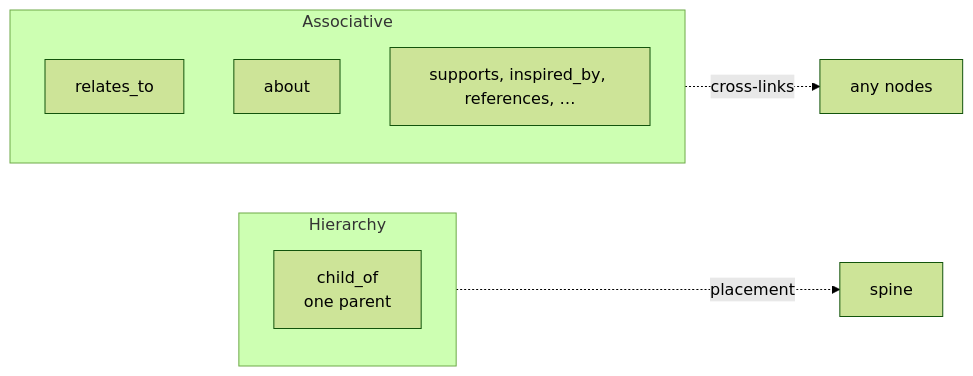
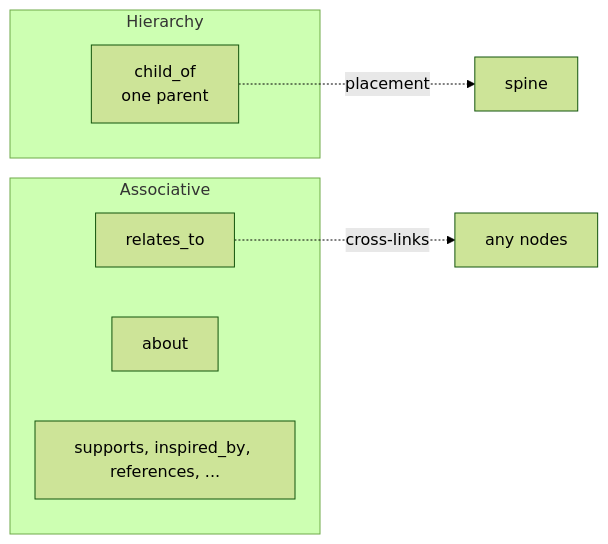
The fifth of 10 diagrams in docs/ARCHITECTURE.md (dgraziosi/foundation), drawn with Mermaid (forest theme) before and after one commit. The commit also changed other lines of this file and 23 other files, not shown here.

First line of the commit message:
docs: keep operator human-only; instance routines not staff architecture

````diff
--- a/docs/ARCHITECTURE.md
+++ b/docs/ARCHITECTURE.md
@@ -114,15 +117,15 @@
 ```mermaid
 flowchart LR
   subgraph hierarchy["Hierarchy"]
-    childOf["child_of<br/>one parent"]
+    child_of["child_of<br/>one parent"]
   end
 
   subgraph associative["Associative"]
     relates["relates_to"]
     about["about"]
-    other["supports, inspired_by, references, …"]
+    other["supports, inspired_by, references, ..."]
   end
 
-  hierarchy -.->|"placement"| spine["spine"]
-  associative -.->|"cross-links"| anywhere["any nodes"]
+  child_of -.->|"placement"| spine["spine"]
+  relates -.->|"cross-links"| anywhere["any nodes"]
 ```
````
